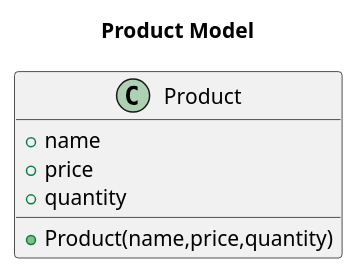
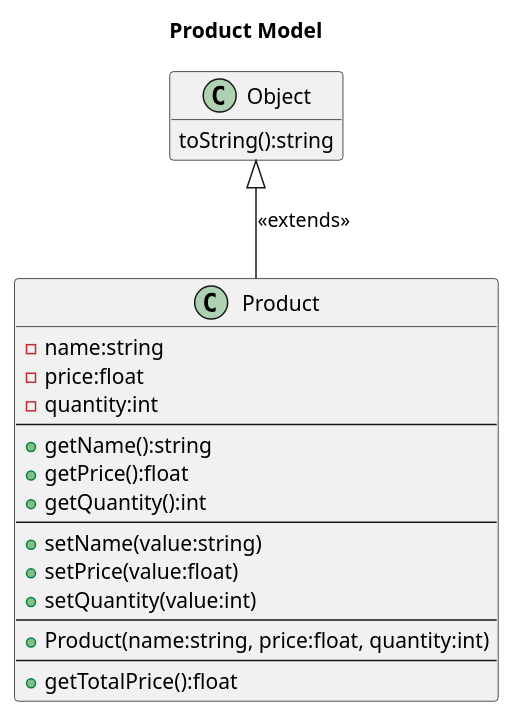
The diagram in Python/chapter_04_01_productmodel.wsd (UmutSahinkaya/BTKAkademiNyp), drawn with PlantUML before and after one commit. The commit also changed 158 other files, not shown here.

```diff
--- a/Python/chapter_04_01_productmodel.wsd
+++ b/Python/chapter_04_01_productmodel.wsd
@@ -1,9 +1,27 @@
-@startuml classDiagram
+@startuml Class Diagram
 title Product Model
-class Product {
-    +name
-    +price
-    +quantity
-    +Product(name,price,quantity)
+class Product{
+    -name:string
+    -price:float
+    -quantity:int
+    --
+    +getName():string
+    +getPrice():float
+    +getQuantity():int
+    --
+    +setName(value:string)
+    +setPrice(value:float)
+    +setQuantity(value:int)
+    --
+    +Product(name:string, price:float, quantity:int)
+    --
+    +getTotalPrice():float
 }
+
+class Object {
+    toString():string
+}
+
+Product -up-|> Object : "<<extends>>"
+hide empty members
 @enduml
```
